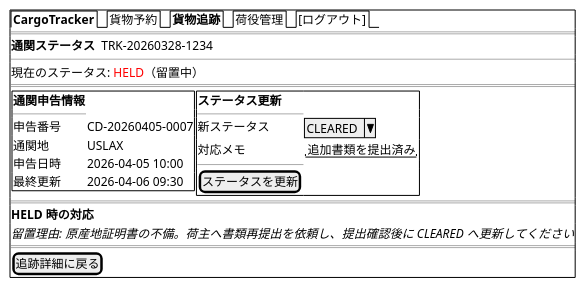
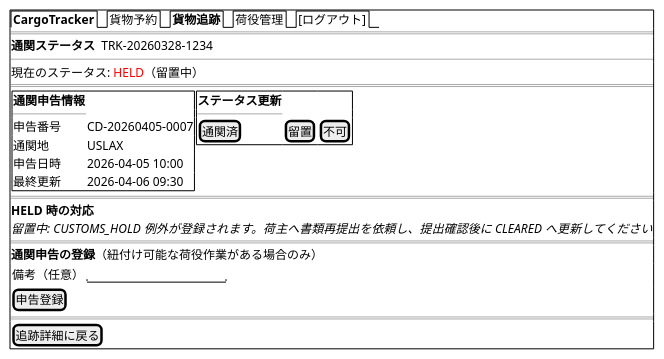
Before and after one commit to k2works/case-study-cargo-tracker: diagram 18 of 19 in docs/design/ui_design.md, drawn with PlantUML. The commit also changed other lines of this file and 3 other files, not shown here.

````diff
--- a/docs/design/ui_design.md
+++ b/docs/design/ui_design.md
@@ -1003,35 +1007,38 @@
 ```plantuml
 @startsalt
 {+
   {/ <b>CargoTracker</b> | 貨物予約 | <b>貨物追跡</b> | 荷役管理 | [ログアウト] }
   ==
   <b>通関ステータス</b>  TRK-20260328-1234
   --
   現在のステータス: <color:red>HELD</color>（留置中）
   ==
   {
     {+
       <b>通関申告情報</b>
       ----
       申告番号   | CD-20260405-0007
       通関地     | USLAX
       申告日時   | 2026-04-05 10:00
       最終更新   | 2026-04-06 09:30
     } |
     {+
       <b>ステータス更新</b>
       ----
-      新ステータス | ^CLEARED^
-      対応メモ     | "追加書類を提出済み  "
-      ----
-      [ステータスを更新]
+      [通関済] | [留置] | [不可]
     }
   }
   ==
   <b>HELD 時の対応</b>
-  <i>留置理由: 原産地証明書の不備。荷主へ書類再提出を依頼し、提出確認後に CLEARED へ更新してください</i>
+  <i>留置中: CUSTOMS_HOLD 例外が登録されます。荷主へ書類再提出を依頼し、提出確認後に CLEARED へ更新してください</i>
+  ==
+  <b>通関申告の登録</b>（紐付け可能な荷役作業がある場合のみ）
+  {
+    備考（任意） | "                 "
+  }
+  [申告登録]
   ==
   [追跡詳細に戻る]
 }
 @endsalt
 ```
````
